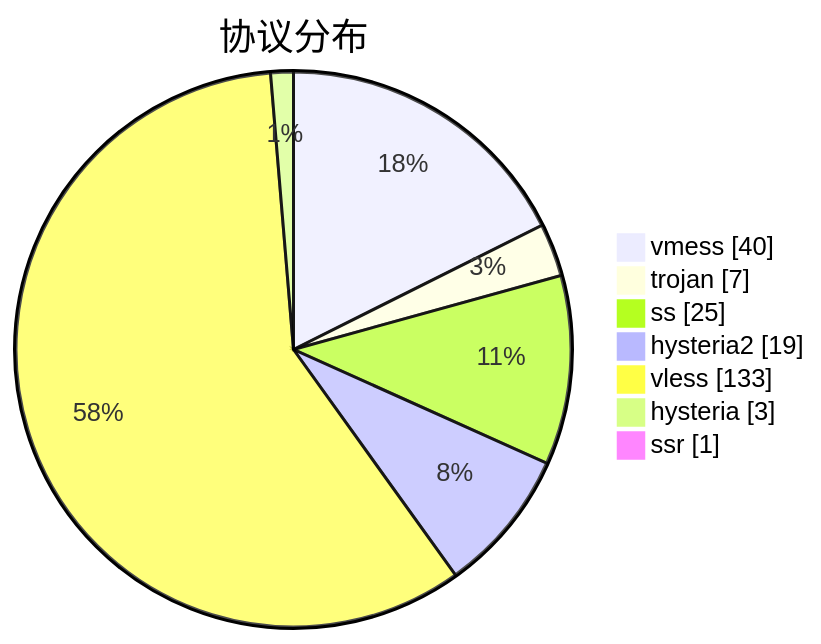
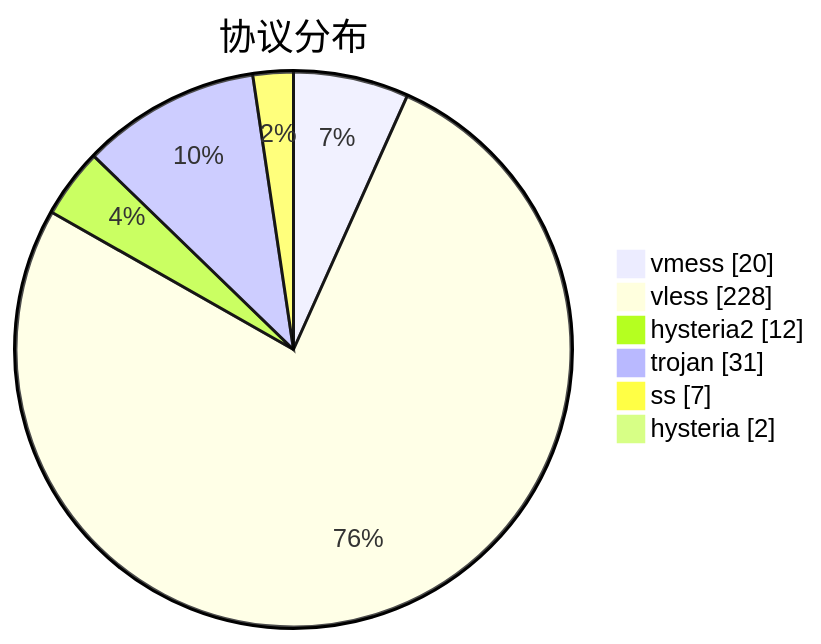
The third of 3 diagrams in subs/statistics/tested_within.md (sinspired/airport), drawn with Mermaid before and after one commit. The commit also changed other lines of this file and 2 other files, not shown here.

````diff
--- a/subs/statistics/tested_within.md
+++ b/subs/statistics/tested_within.md
@@ -32,11 +37,10 @@
 ```mermaid
 pie showData
 title 协议分布
-"vmess" : 40
-"trojan" : 7
-"ss" : 25
-"hysteria2" : 19
-"vless" : 133
-"hysteria" : 3
-"ssr" : 1
+"vmess" : 20
+"vless" : 228
+"hysteria2" : 12
+"trojan" : 31
+"ss" : 7
+"hysteria" : 2
 ```
````
